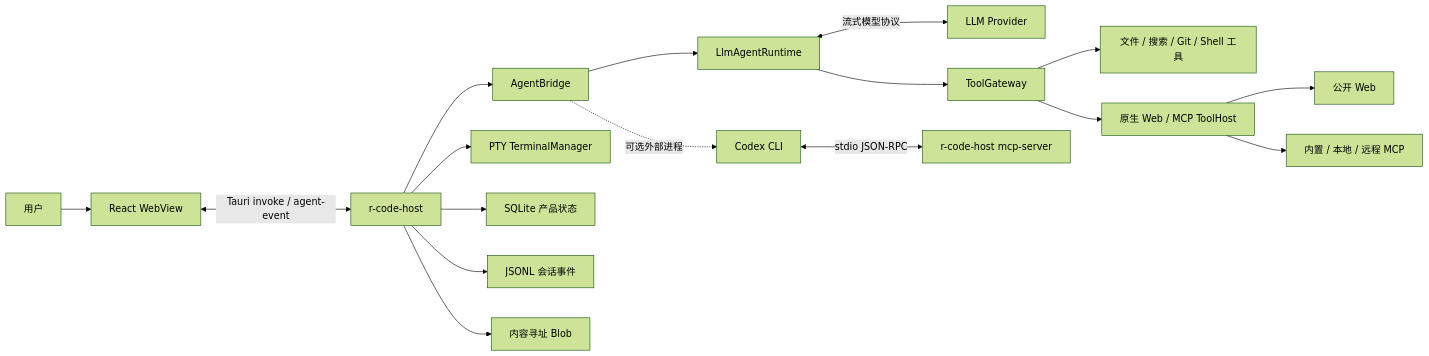
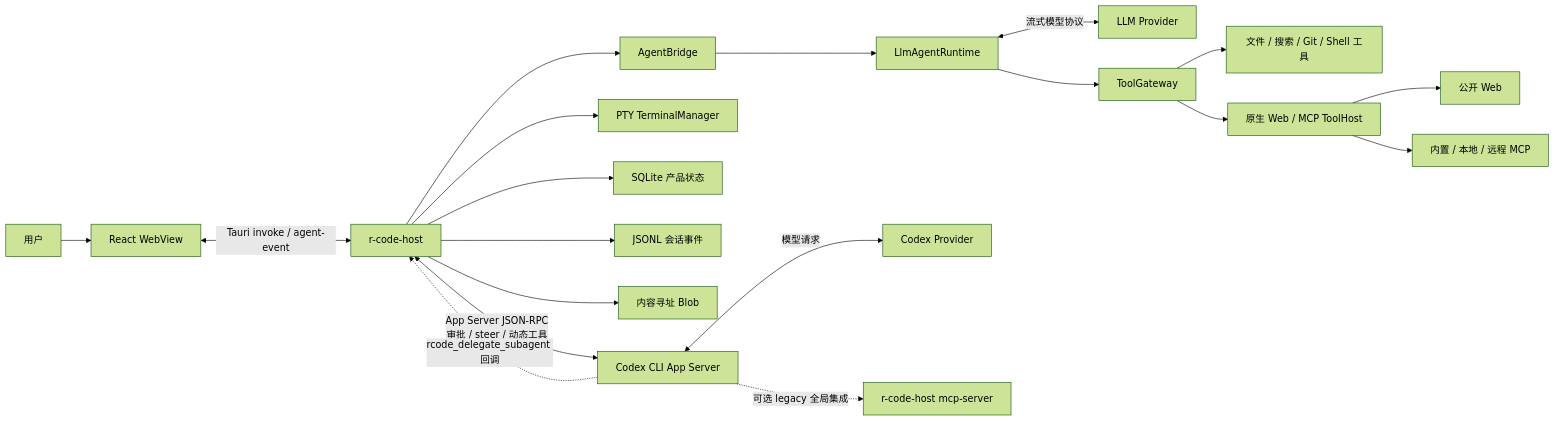
Before and after one commit to foritin/r-code: the first of 8 diagrams in docs/ARCHITECTURE.md, drawn with Mermaid (forest theme). The commit also changed other lines of this file and 46 other files, not shown here.

````diff
--- a/docs/ARCHITECTURE.md
+++ b/docs/ARCHITECTURE.md
@@ -11,19 +11,21 @@
 ```mermaid
 flowchart LR
     User["用户"] --> UI["React WebView"]
     UI <-->|"Tauri invoke / agent-event"| Host["r-code-host"]
     Host --> Bridge["AgentBridge"]
     Bridge --> Native["LlmAgentRuntime"]
     Native <-->|"流式模型协议"| Provider["LLM Provider"]
     Native --> Gateway["ToolGateway"]
     Gateway --> Tools["文件 / 搜索 / Git / Shell 工具"]
     Gateway --> External["原生 Web / MCP ToolHost"]
     External --> Web["公开 Web"]
     External --> McpClient["内置 / 本地 / 远程 MCP"]
     Host --> Terminal["PTY TerminalManager"]
     Host --> SQLite["SQLite 产品状态"]
     Host --> JSONL["JSONL 会话事件"]
     Host --> Blobs["内容寻址 Blob"]
-    Bridge -.->|"可选外部进程"| Codex["Codex CLI"]
-    Codex <-->|"stdio JSON-RPC"| CodexMCP["r-code-host mcp-server"]
+    Host <-->|"App Server JSON-RPC\n审批 / steer / 动态工具"| Codex["Codex CLI App Server"]
+    Codex <-->|"模型请求"| CodexProvider["Codex Provider"]
+    Codex -.->|"可选 legacy 全局集成"| CodexMCP["r-code-host mcp-server"]
+    Codex -.->|"rcode_delegate_subagent 回调"| Host
 ```
````
